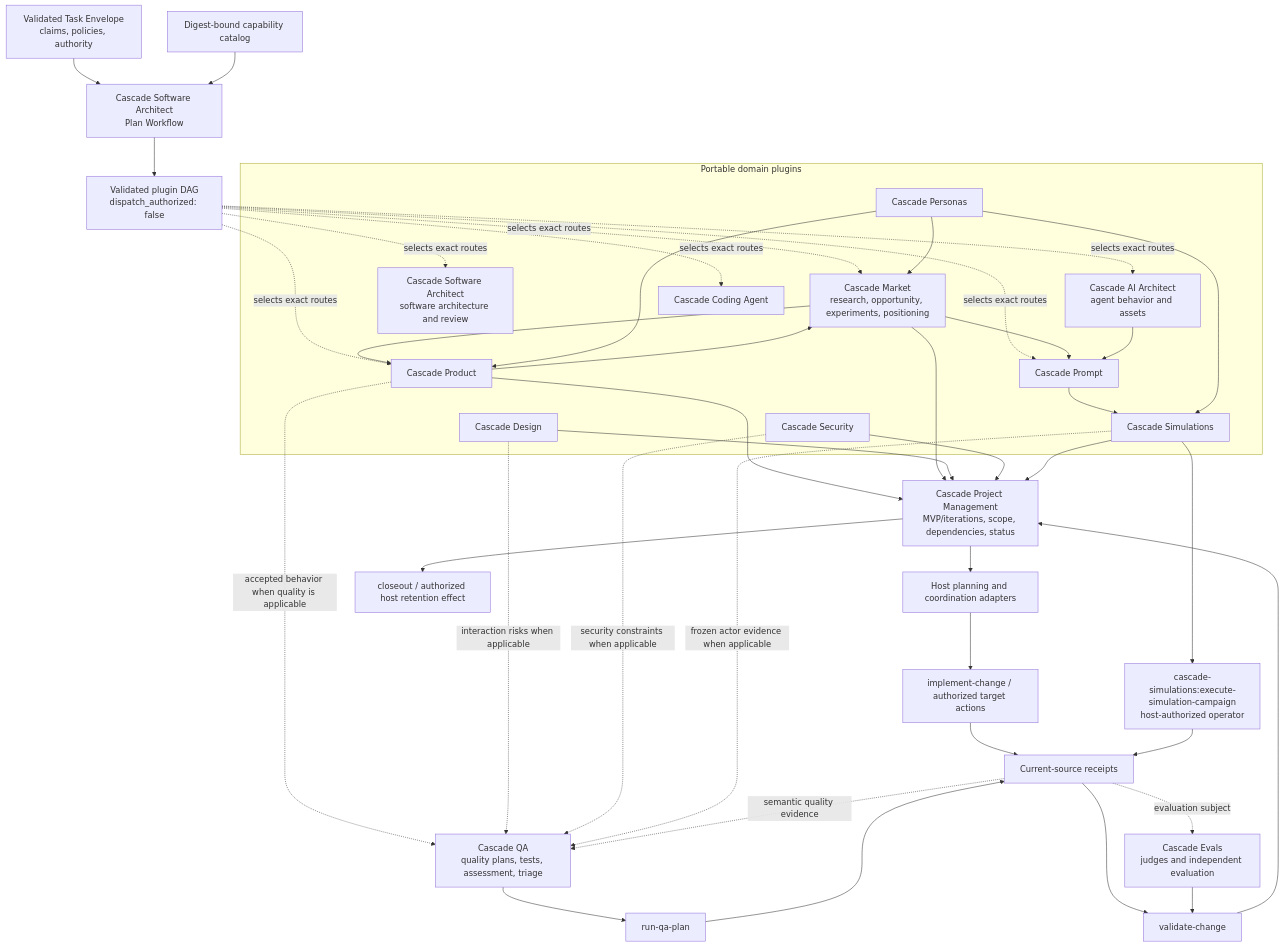
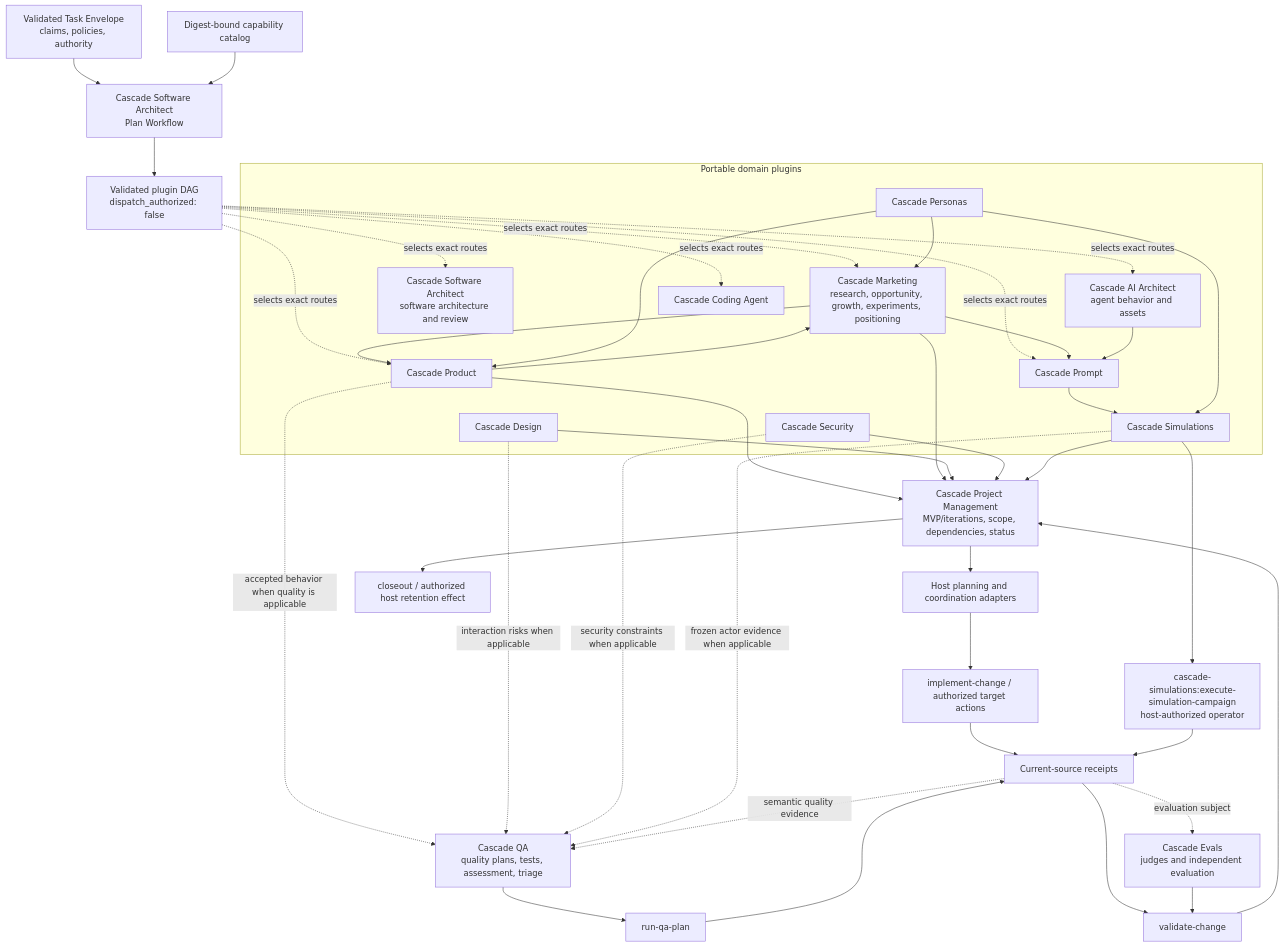
The diagram in docs/patterns/workflow/plugin-orchestration.md (oleksandr-rud/cascade-codex), drawn with Mermaid before and after one commit. The commit also changed other lines of this file and 73 other files, not shown here.

First line of the commit message:
Integrate product value and growth strategy into Cascade plugins

````diff
--- a/docs/patterns/workflow/plugin-orchestration.md
+++ b/docs/patterns/workflow/plugin-orchestration.md
@@ -7,68 +11,68 @@
 ```mermaid
 flowchart TB
     TE[Validated Task Envelope<br/>claims, policies, authority]
     CAT[Digest-bound capability catalog]
     PW[Cascade Software Architect<br/>Plan Workflow]
     DAG[Validated plugin DAG<br/>dispatch_authorized: false]
 
     TE --> PW
     CAT --> PW
     PW --> DAG
 
     subgraph Domain[Portable domain plugins]
-        M[Cascade Market<br/>research, opportunity, experiments, positioning]
+        M[Cascade Marketing<br/>research, opportunity, growth, experiments, positioning]
         P[Cascade Product]
         PE[Cascade Personas]
         D[Cascade Design]
         S[Cascade Security]
         AP[Cascade Prompt]
         SA[Cascade Software Architect<br/>software architecture and review]
         AIA[Cascade AI Architect<br/>agent behavior and assets]
         HE[Cascade Coding Agent]
         SIM[Cascade Simulations]
     end
 
     PM[Cascade Project Management<br/>MVP/iterations, scope, dependencies, status]
     QA[Cascade QA<br/>quality plans, tests, assessment, triage]
     EV[Cascade Evals<br/>judges and independent evaluation]
 
     DAG -. selects exact routes .-> M
     DAG -. selects exact routes .-> P
     DAG -. selects exact routes .-> SA
     DAG -. selects exact routes .-> AIA
     DAG -. selects exact routes .-> AP
     DAG -. selects exact routes .-> HE
 
     M --> P
     PE --> P
     P --> M
     PE --> M
     M --> AP
     AIA --> AP
     P --> PM
     M --> PM
     D --> PM
     S --> PM
     AP --> SIM
     PE --> SIM
     SIM --> PM
 
     P -. accepted behavior when quality is applicable .-> QA
     D -. interaction risks when applicable .-> QA
     S -. security constraints when applicable .-> QA
     SIM -. frozen actor evidence when applicable .-> QA
 
     PM --> PLAN[Host planning and coordination adapters]
     PLAN --> IMPL[implement-change / authorized target actions]
     QA --> RUNQA[run-qa-plan]
     SIM --> RUNSIM[cascade-simulations:execute-simulation-campaign<br/>host-authorized operator]
     IMPL --> RECEIPTS[Current-source receipts]
     RUNQA --> RECEIPTS
     RUNSIM --> RECEIPTS
     RECEIPTS --> VALIDATE[validate-change]
     RECEIPTS -. semantic quality evidence .-> QA
     RECEIPTS -. evaluation subject .-> EV
     EV --> VALIDATE
     VALIDATE --> PM
     PM --> CLOSE[closeout / authorized host retention effect]
 ```
````
